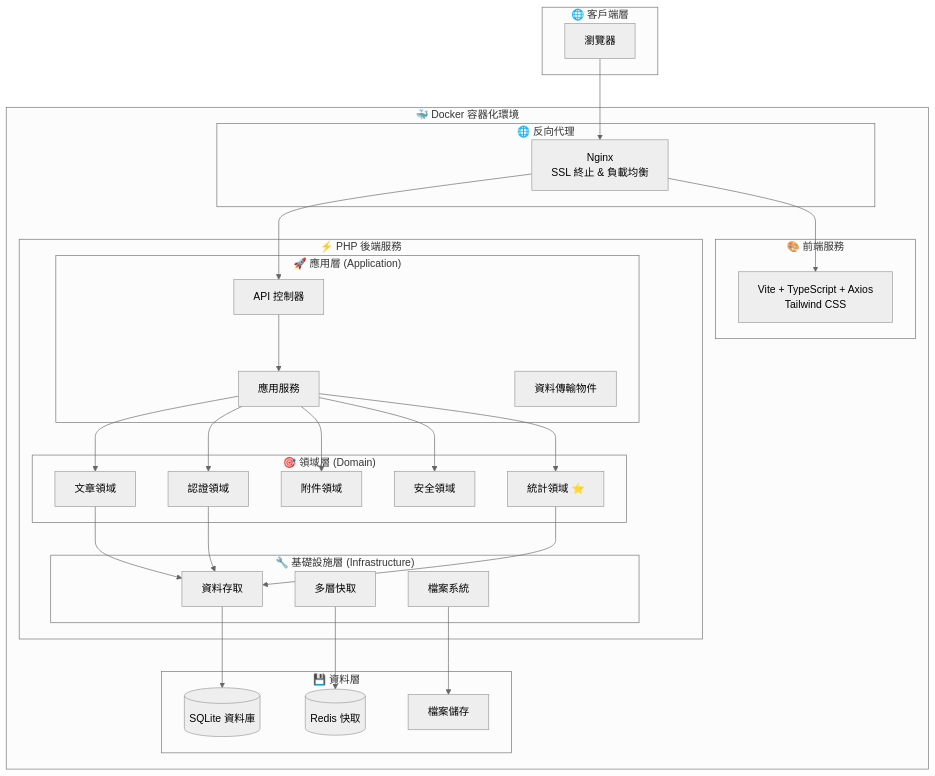
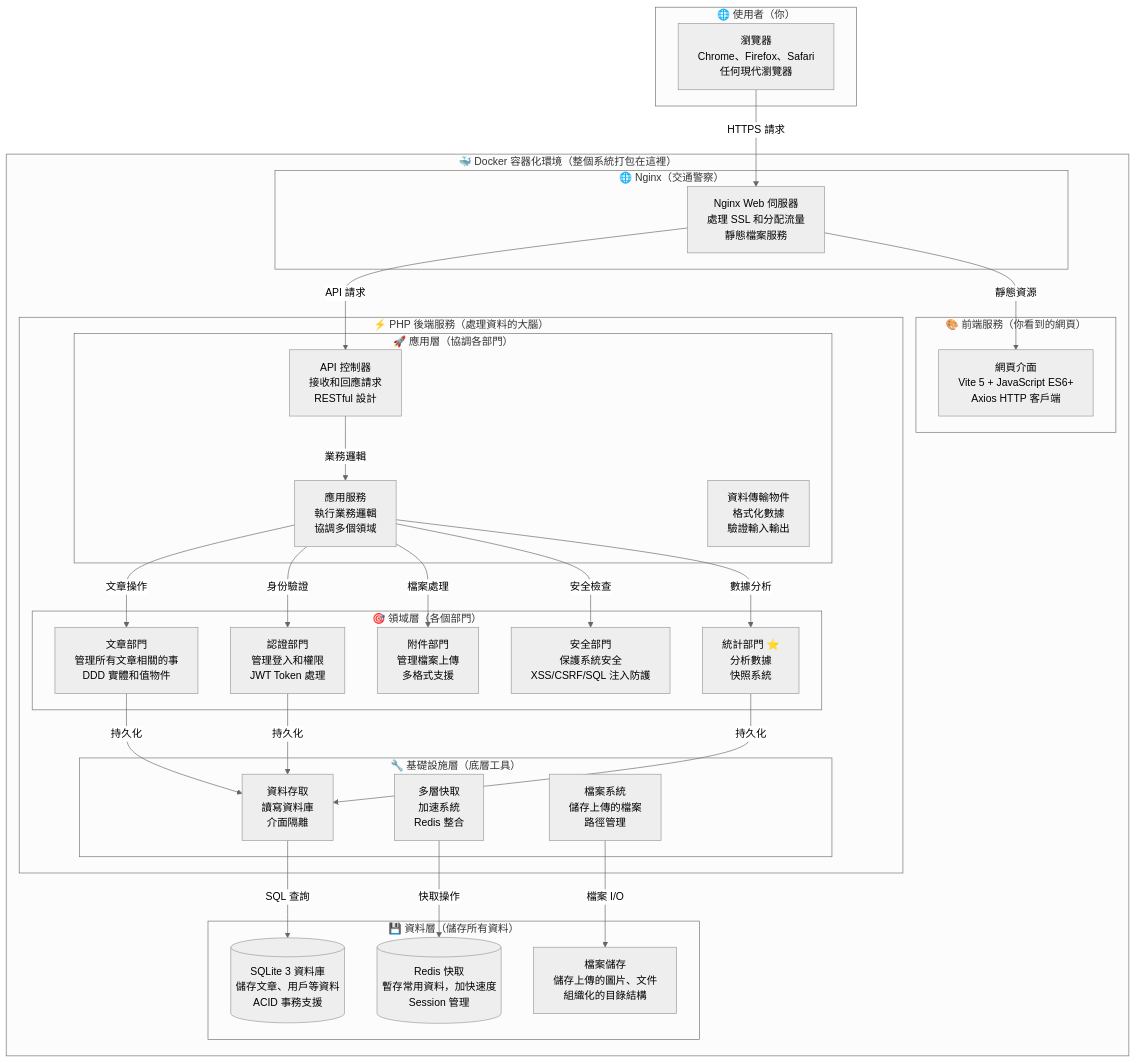
One commit to cookeyholder/AlleyNote changed the first of 2 diagrams in README.md. Above: the diagram before and after it, drawn with Mermaid (neutral theme). The commit also changed other lines of this file and 74 other files, not shown here.

````diff
--- a/README.md
+++ b/README.md
@@ -77,60 +305,60 @@
 ```mermaid
 graph TB
-    subgraph "🌐 客戶端層"
-        Browser[瀏覽器]
+    subgraph "🌐 使用者（你）"
+        Browser[瀏覽器<br/>Chrome、Firefox、Safari<br/>任何現代瀏覽器]
     end
 
-    subgraph "🐳 Docker 容器化環境"
-        subgraph "🎨 前端服務"
-            Frontend[Vite + TypeScript + Axios<br/>Tailwind CSS]
+    subgraph "🐳 Docker 容器化環境（整個系統打包在這裡）"
+        subgraph "🎨 前端服務（你看到的網頁）"
+            Frontend[網頁介面<br/>Vite 5 + JavaScript ES6+<br/>Axios HTTP 客戶端]
         end
 
-        subgraph "🌐 反向代理"
-            Nginx[Nginx<br/>SSL 終止 & 負載均衡]
+        subgraph "🌐 Nginx（交通警察）"
+            Nginx[Nginx Web 伺服器<br/>處理 SSL 和分配流量<br/>靜態檔案服務]
         end
 
-        subgraph "⚡ PHP 後端服務"
-            subgraph "🎯 領域層 (Domain)"
-                Post[文章領域]
-                Auth[認證領域]
-                Attachment[附件領域]
-                Security[安全領域]
-                Statistics[統計領域 ⭐]
+        subgraph "⚡ PHP 後端服務（處理資料的大腦）"
+            subgraph "🎯 領域層（各個部門）"
+                Post[文章部門<br/>管理所有文章相關的事<br/>DDD 實體和值物件]
+                Auth[認證部門<br/>管理登入和權限<br/>JWT Token 處理]
+                Attachment[附件部門<br/>管理檔案上傳<br/>多格式支援]
+                Security[安全部門<br/>保護系統安全<br/>XSS/CSRF/SQL 注入防護]
+                Statistics[統計部門 ⭐<br/>分析數據<br/>快照系統]
             end
 
-            subgraph "🚀 應用層 (Application)"
-                Controllers[API 控制器]
-                Services[應用服務]
-                DTOs[資料傳輸物件]
+            subgraph "🚀 應用層（協調各部門）"
+                Controllers[API 控制器<br/>接收和回應請求<br/>RESTful 設計]
+                Services[應用服務<br/>執行業務邏輯<br/>協調多個領域]
+                DTOs[資料傳輸物件<br/>格式化數據<br/>驗證輸入輸出]
             end
 
-            subgraph "🔧 基礎設施層 (Infrastructure)"
-                Repositories[資料存取]
-                Cache[多層快取]
-                FileSystem[檔案系統]
+            subgraph "🔧 基礎設施層（底層工具）"
+                Repositories[資料存取<br/>讀寫資料庫<br/>介面隔離]
+                Cache[多層快取<br/>加速系統<br/>Redis 整合]
+                FileSystem[檔案系統<br/>儲存上傳的檔案<br/>路徑管理]
             end
         end
 
-        subgraph "💾 資料層"
-            SQLite[(SQLite 資料庫)]
-            Redis[(Redis 快取)]
-            Storage[檔案儲存]
+        subgraph "💾 資料層（儲存所有資料）"
+            SQLite[(SQLite 3 資料庫<br/>儲存文章、用戶等資料<br/>ACID 事務支援)]
+            Redis[(Redis 快取<br/>暫存常用資料，加快速度<br/>Session 管理)]
+            Storage[檔案儲存<br/>儲存上傳的圖片、文件<br/>組織化的目錄結構]
         end
     end
 
-    Browser --> Nginx
-    Nginx --> Frontend
-    Nginx --> Controllers
-    Controllers --> Services
-    Services --> Post
-    Services --> Auth
-    Services --> Attachment
-    Services --> Security
-    Services --> Statistics
-    Post --> Repositories
-    Auth --> Repositories
-    Statistics --> Repositories
-    Repositories --> SQLite
-    Cache --> Redis
-    FileSystem --> Storage
+    Browser -->|HTTPS 請求| Nginx
+    Nginx -->|靜態資源| Frontend
+    Nginx -->|API 請求| Controllers
+    Controllers -->|業務邏輯| Services
+    Services -->|文章操作| Post
+    Services -->|身份驗證| Auth
+    Services -->|檔案處理| Attachment
+    Services -->|安全檢查| Security
+    Services -->|數據分析| Statistics
+    Post -->|持久化| Repositories
+    Auth -->|持久化| Repositories
+    Statistics -->|持久化| Repositories
+    Repositories -->|SQL 查詢| SQLite
+    Cache -->|快取操作| Redis
+    FileSystem -->|檔案 I/O| Storage
 ```
````
